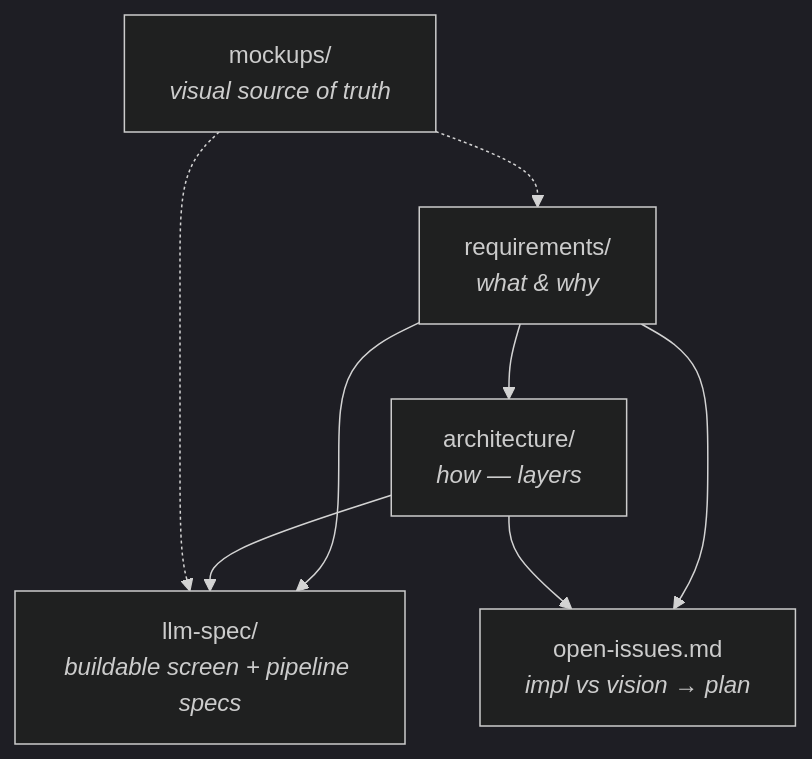
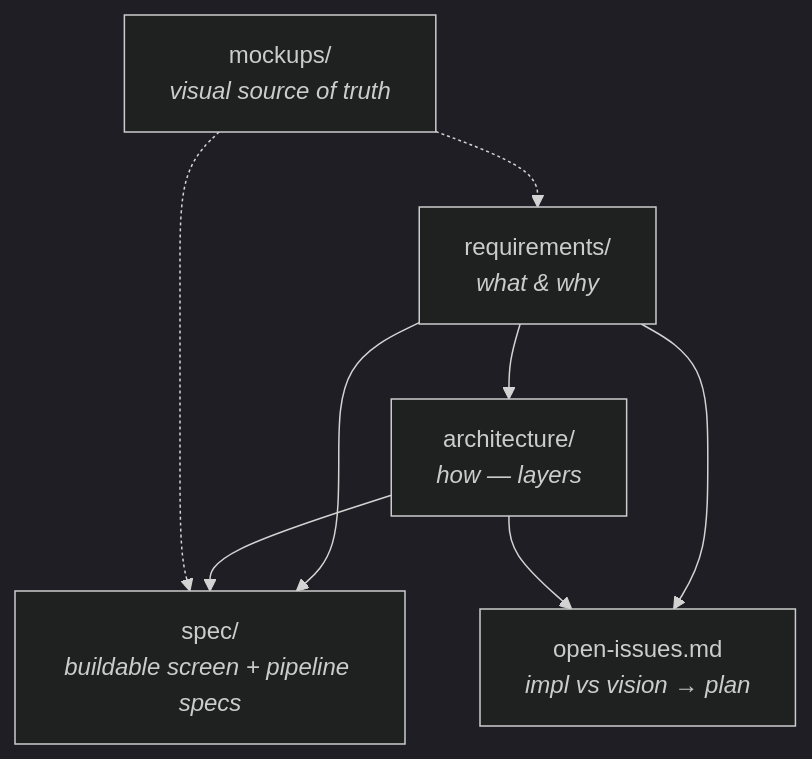
The diagram in docs/requirements/README.md (sensei-hq/sensei), drawn with Mermaid (dark theme) before and after one commit. The commit also changed other lines of this file and 112 other files, not shown here.

First line of the commit message:
docs(restructure): rename llm-spec/ → spec/ + fix all referrers (closes the rename)

````diff
--- a/docs/requirements/README.md
+++ b/docs/requirements/README.md
@@ -22,10 +22,10 @@
 ```mermaid
 flowchart TD
     R["requirements/<br/><i>what &amp; why</i>"] --> A["architecture/<br/><i>how — layers</i>"]
-    R --> S["llm-spec/<br/><i>buildable screen + pipeline specs</i>"]
+    R --> S["spec/<br/><i>buildable screen + pipeline specs</i>"]
     A --> S
     M["mockups/<br/><i>visual source of truth</i>"] -.-> R
     M -.-> S
     R --> O["open-issues.md<br/><i>impl vs vision → plan</i>"]
     A --> O
 ```
````
